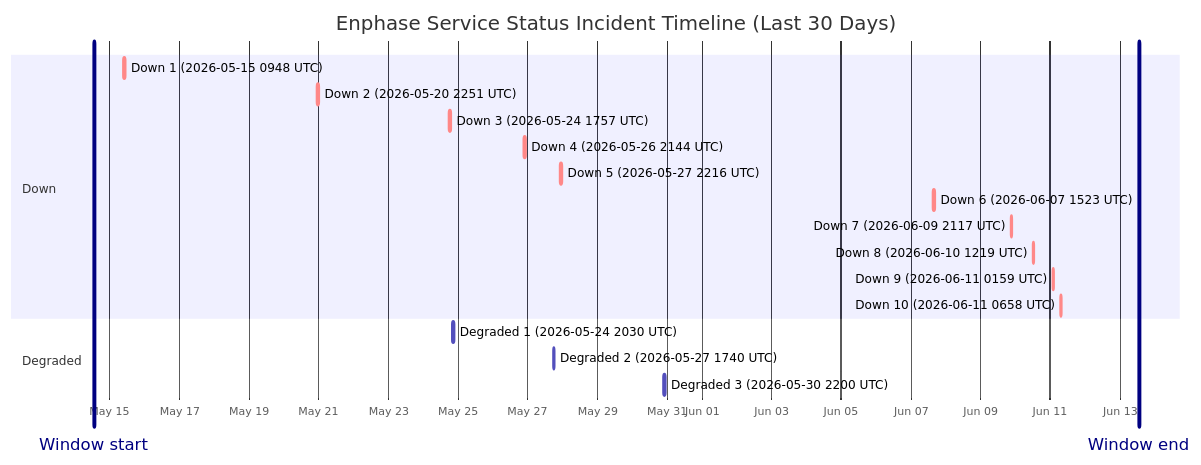
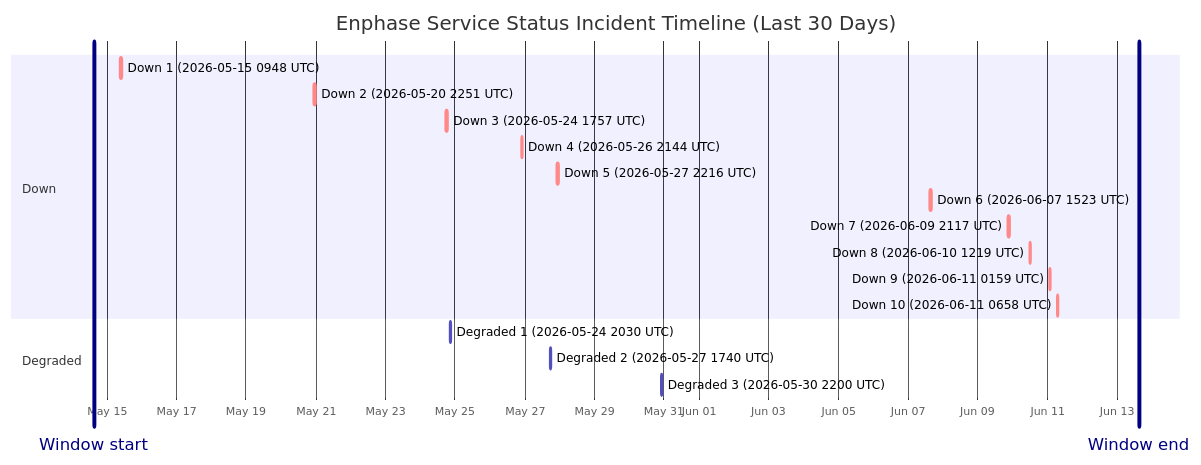
Before and after one commit to barneyonline/ha-enphase-energy: the diagram in wiki/Service-Status-History.md, drawn with Mermaid. The commit also changed other lines of this file and 3 other files, not shown here.

````diff
--- a/wiki/Service-Status-History.md
+++ b/wiki/Service-Status-History.md
@@ -14,23 +14,23 @@
 ```mermaid
 gantt
     title Enphase Service Status Incident Timeline (Last 30 Days)
     dateFormat  YYYY-MM-DDTHH:mm:ss
     axisFormat  %b %d
-    Window start :vert, window-start, 2026-05-14T13:04:16, 0ms
-    Window end :vert, window-end, 2026-06-13T13:04:16, 0ms
+    Window start :vert, window-start, 2026-05-14T15:16:11, 0ms
+    Window end :vert, window-end, 2026-06-13T15:16:11, 0ms
     section Down
     Down 1 (2026-05-15 0948 UTC) :crit, down-1, 2026-05-15T09:48:18, 60m
     Down 2 (2026-05-20 2251 UTC) :crit, down-2, 2026-05-20T22:51:14, 75m
     Down 3 (2026-05-24 1757 UTC) :crit, down-3, 2026-05-24T17:57:41, 86m
     Down 4 (2026-05-26 2144 UTC) :crit, down-4, 2026-05-26T21:44:11, 85m
     Down 5 (2026-05-27 2216 UTC) :crit, down-5, 2026-05-27T22:16:53, 87m
     Down 6 (2026-06-07 1523 UTC) :crit, down-6, 2026-06-07T15:23:22, 87m
     Down 7 (2026-06-09 2117 UTC) :crit, down-7, 2026-06-09T21:17:17, 60m
     Down 8 (2026-06-10 1219 UTC) :crit, down-8, 2026-06-10T12:19:21, 60m
     Down 9 (2026-06-11 0159 UTC) :crit, down-9, 2026-06-11T01:59:36, 60m
     Down 10 (2026-06-11 0658 UTC) :crit, down-10, 2026-06-11T06:58:45, 60m
     section Degraded
     Degraded 1 (2026-05-24 2030 UTC) :active, degraded-1, 2026-05-24T20:30:57, 84m
     Degraded 2 (2026-05-27 1740 UTC) :active, degraded-2, 2026-05-27T17:40:52, 60m
     Degraded 3 (2026-05-30 2200 UTC) :active, degraded-3, 2026-05-30T22:00:37, 60m
 ```
````
